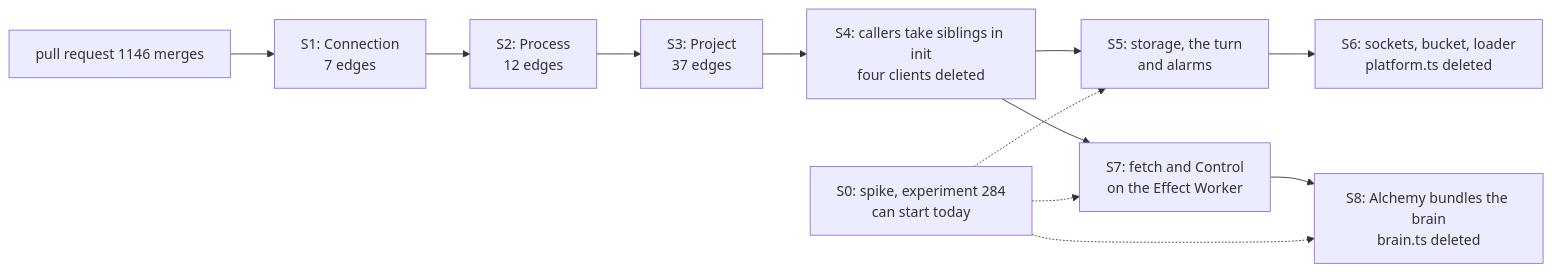
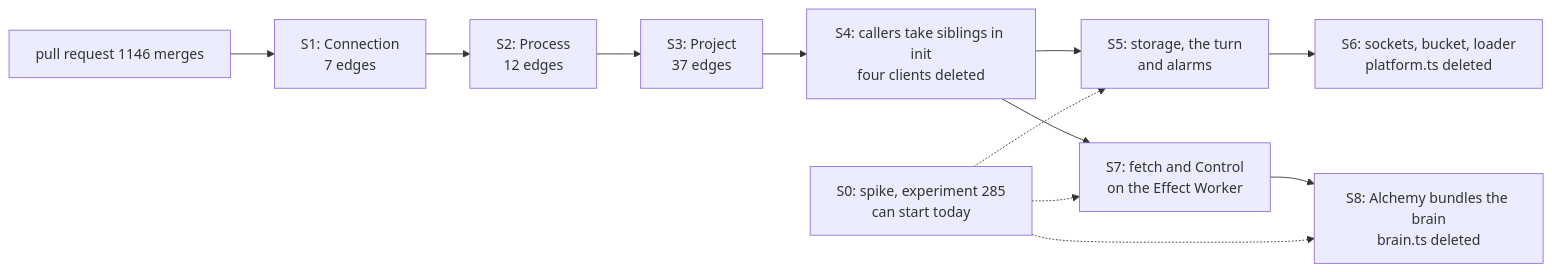
Before and after one commit to usirin/tea-fabrika: the diagram in docs/plan/ticket-502-alchemy-port.md, drawn with Mermaid. The commit also changed other lines of this file, not shown here.

Commit message:
plan: the port's spike is experiment 285, since 284 is taken

````diff
--- a/docs/plan/ticket-502-alchemy-port.md
+++ b/docs/plan/ticket-502-alchemy-port.md
@@ -11,15 +11,15 @@
 ```mermaid
 flowchart LR
-  S0["S0: spike, experiment 284<br/>can start today"]
+  S0["S0: spike, experiment 285<br/>can start today"]
   M["pull request 1146 merges"] --> S1["S1: Connection<br/>7 edges"]
   S1 --> S2["S2: Process<br/>12 edges"]
   S2 --> S3["S3: Project<br/>37 edges"]
   S3 --> S4["S4: callers take siblings in init<br/>four clients deleted"]
   S4 --> S5["S5: storage, the turn<br/>and alarms"]
   S4 --> S7["S7: fetch and Control<br/>on the Effect Worker"]
   S5 --> S6["S6: sockets, bucket, loader<br/>platform.ts deleted"]
   S7 --> S8["S8: Alchemy bundles the brain<br/>brain.ts deleted"]
   S0 -.-> S5
   S0 -.-> S7
   S0 -.-> S8
 ```
````
